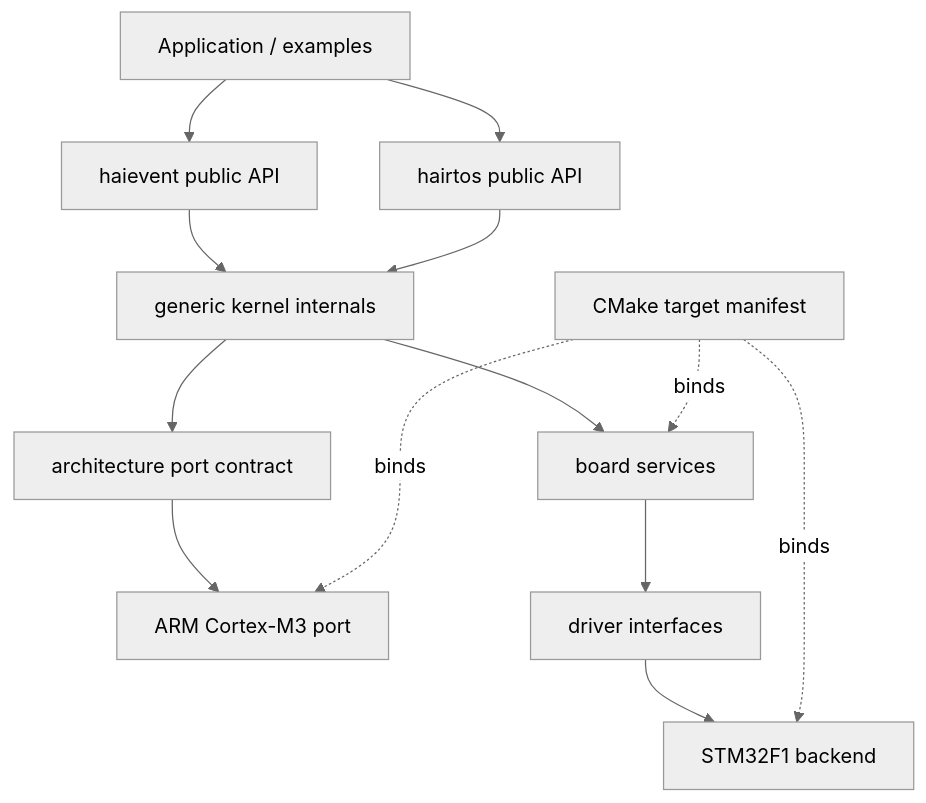
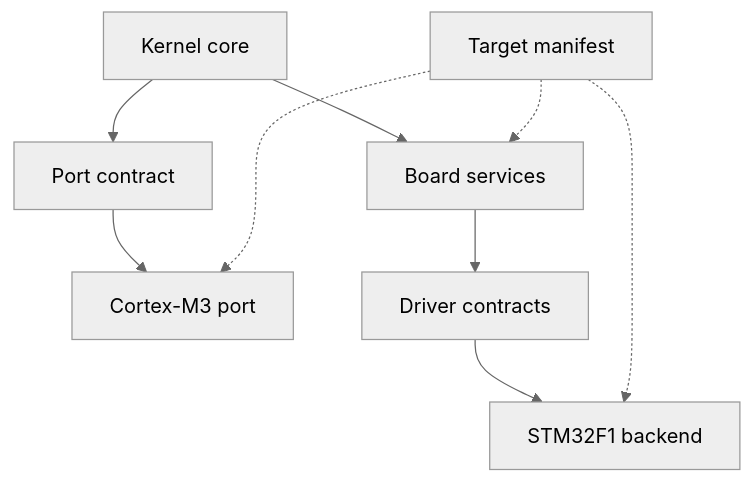
One commit to haikevins/hairtos changed the second of 5 diagrams in README.md. Above: the diagram before and after it, drawn with Mermaid (neutral theme). The commit also changed other lines of this file and 82 other files, not shown here.

````diff
--- a/README.md
+++ b/README.md
@@ -27,15 +39,11 @@
 ```mermaid
-flowchart TD
-    APP["Application / examples"] --> HE["haievent public API"]
-    APP --> HR["hairtos public API"]
-    HE --> K["generic kernel internals"]
-    HR --> K
-    K --> PORT["architecture port contract"]
-    PORT --> CM3["ARM Cortex-M3 port"]
-    K --> BOARD["board services"]
-    BOARD --> DRV["driver interfaces"]
+flowchart TB
+    K["Kernel core"] --> PORT["Port contract"]
+    PORT --> CM3["Cortex-M3 port"]
+    K --> BOARD["Board services"]
+    BOARD --> DRV["Driver contracts"]
     DRV --> SOC["STM32F1 backend"]
-    MAN["CMake target manifest"] -. binds .-> CM3
-    MAN -. binds .-> SOC
-    MAN -. binds .-> BOARD
+    MAN["Target manifest"] -.-> CM3
+    MAN -.-> SOC
+    MAN -.-> BOARD
 ```
````
